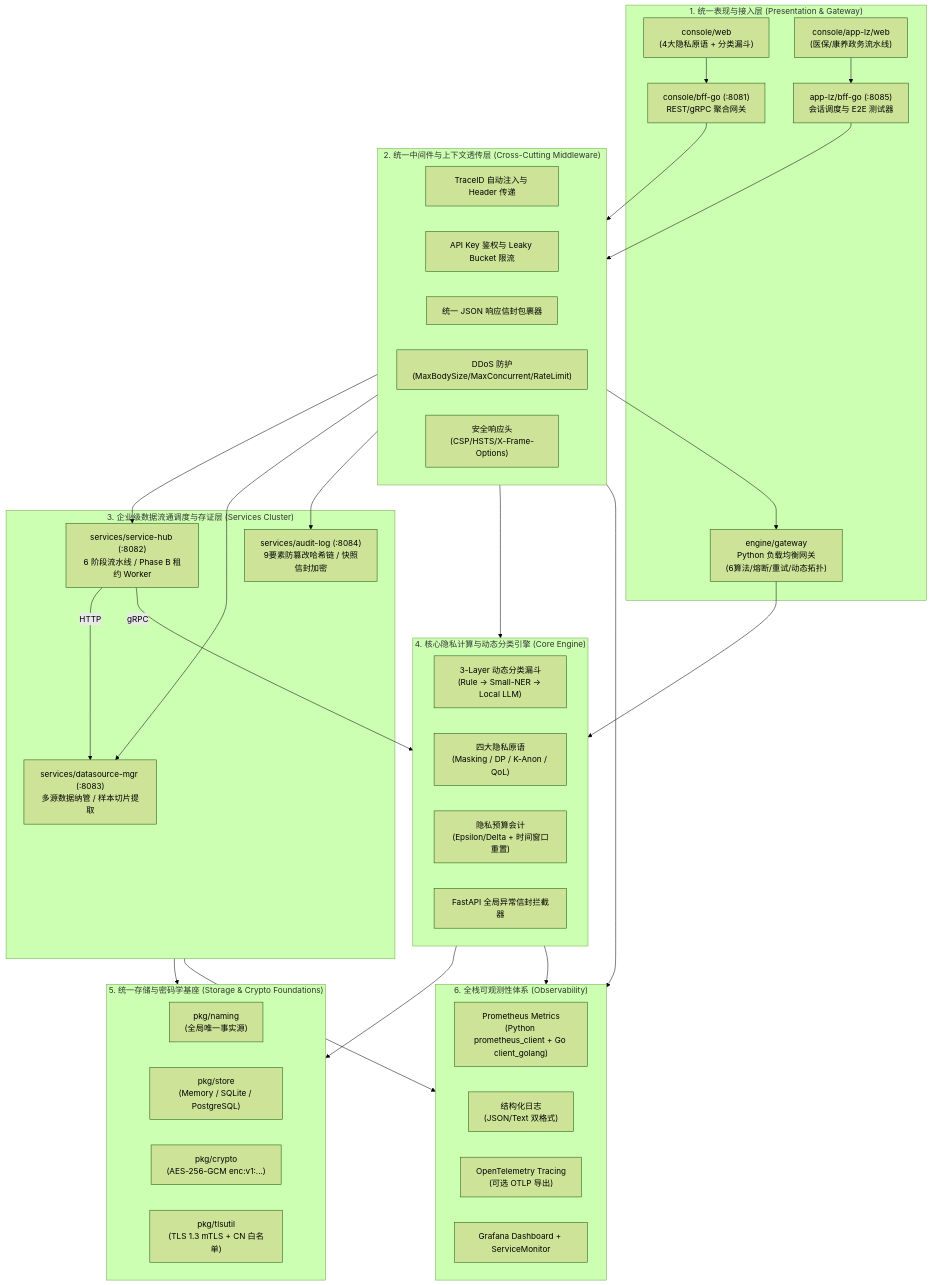
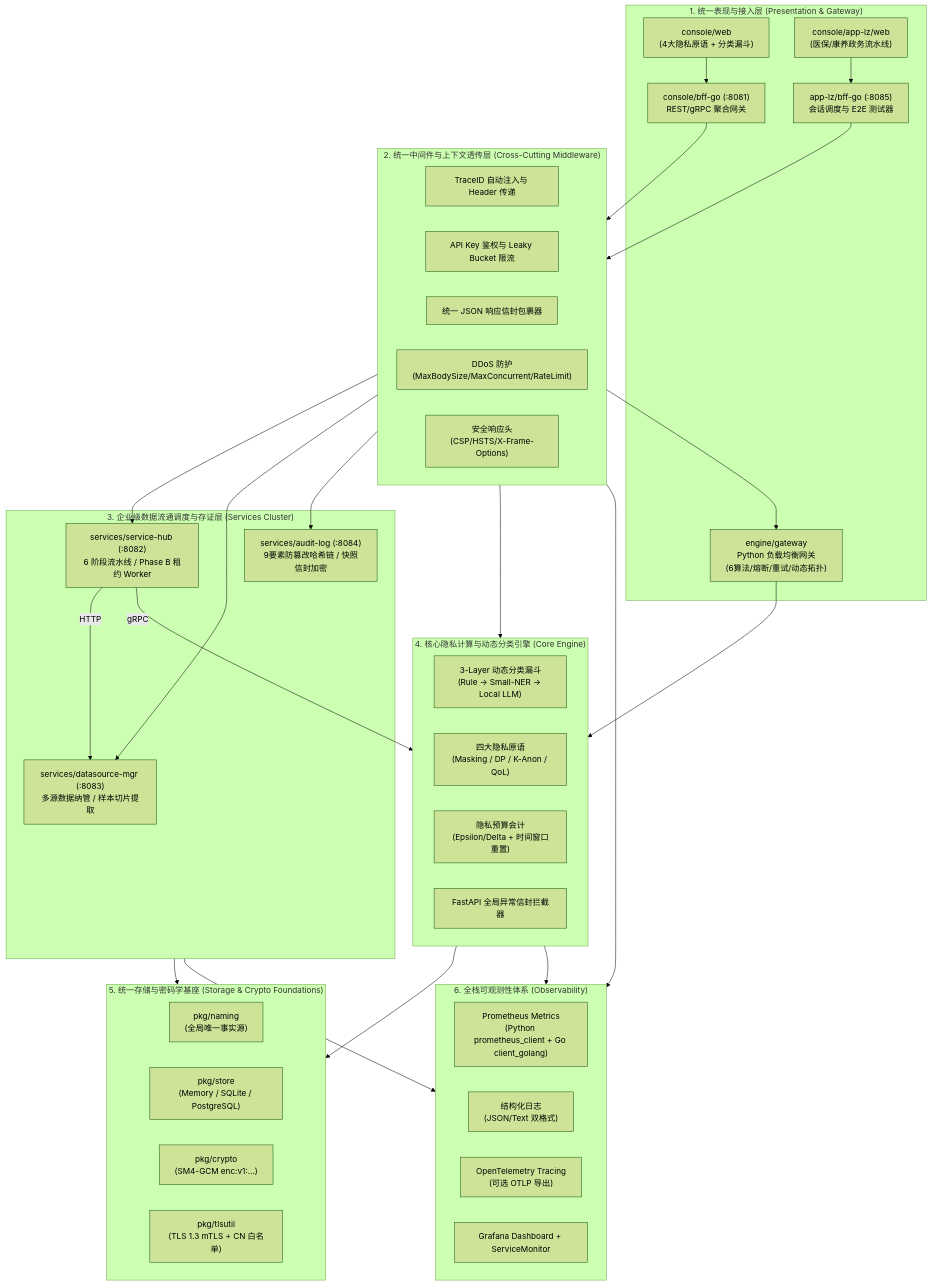
Before and after one commit to fengzhizi319/PrivShield: the diagram in docs/archive/unified_design.md, drawn with Mermaid (forest theme). The commit also changed other lines of this file and 11 other files, not shown here.

````diff
--- a/docs/archive/unified_design.md
+++ b/docs/archive/unified_design.md
@@ -61,59 +61,59 @@
 ```mermaid
 flowchart TD
     subgraph LayerPresentation ["1. 统一表现与接入层 (Presentation & Gateway)"]
         WebFull["console/web<br/>(4大隐私原语 + 分类漏斗)"]
         WebAppLZ["console/app-lz/web<br/>(医保/康养政务流水线)"]
         BFFGo["console/bff-go (:8081)<br/>REST/gRPC 聚合网关"]
         BFFLZ["app-lz/bff-go (:8085)<br/>会话调度与 E2E 测试器"]
         PyGW["engine/gateway<br/>Python 负载均衡网关<br/>(6算法/熔断/重试/动态拓扑)"]
     end
 
     subgraph LayerMiddleware ["2. 统一中间件与上下文透传层 (Cross-Cutting Middleware)"]
         TraceMW["TraceID 自动注入与 Header 传递"]
         AuthMW["API Key 鉴权与 Leaky Bucket 限流"]
         EnvelopeMW["统一 JSON 响应信封包裹器"]
         DDoSMW["DDoS 防护<br/>(MaxBodySize/MaxConcurrent/RateLimit)"]
         SecHeaders["安全响应头<br/>(CSP/HSTS/X-Frame-Options)"]
     end
 
     subgraph LayerGovernance ["3. 企业级数据流通调度与存证层 (Services Cluster)"]
         Hub["services/service-hub (:8082)<br/>6 阶段流水线 / Phase B 租约 Worker"]
         DSMgr["services/datasource-mgr (:8083)<br/>多源数据纳管 / 样本切片提取"]
         Audit["services/audit-log (:8084)<br/>9要素防篡改哈希链 / 快照信封加密"]
     end
 
     subgraph LayerCoreCompute ["4. 核心隐私计算与动态分类引擎 (Core Engine)"]
         Funnel["3-Layer 动态分类漏斗<br/>(Rule → Small-NER → Local LLM)"]
         Primitives["四大隐私原语<br/>(Masking / DP / K-Anon / QoL)"]
         Budget["隐私预算会计<br/>(Epsilon/Delta + 时间窗口重置)"]
         EngineMW["FastAPI 全局异常信封拦截器"]
     end
 
     subgraph LayerStorageSecurity ["5. 统一存储与密码学基座 (Storage & Crypto Foundations)"]
         SSOT["pkg/naming<br/>(全局唯一事实源)"]
         StoreFacade["pkg/store<br/>(Memory / SQLite / PostgreSQL)"]
-        EnvelopeCrypto["pkg/crypto<br/>(AES-256-GCM enc:v1:...)"]
+        EnvelopeCrypto["pkg/crypto<br/>(SM4-GCM enc:v1:...)"]
         mTLSAuth["pkg/tlsutil<br/>(TLS 1.3 mTLS + CN 白名单)"]
     end
 
     subgraph LayerObservability ["6. 全栈可观测性体系 (Observability)"]
         Metrics["Prometheus Metrics<br/>(Python prometheus_client + Go client_golang)"]
         StructLog["结构化日志<br/>(JSON/Text 双格式)"]
         Tracing["OpenTelemetry Tracing<br/>(可选 OTLP 导出)"]
         Grafana["Grafana Dashboard + ServiceMonitor"]
     end
 
     WebFull --> BFFGo
     WebAppLZ --> BFFLZ
     BFFGo & BFFLZ --> LayerMiddleware
     LayerMiddleware --> Hub & DSMgr & Audit & LayerCoreCompute
     LayerMiddleware --> PyGW
     PyGW --> LayerCoreCompute
     Hub -->|HTTP| DSMgr
     Hub -->|gRPC| LayerCoreCompute
     LayerGovernance --> LayerStorageSecurity
     LayerCoreCompute --> LayerStorageSecurity
     LayerCoreCompute --> LayerObservability
     LayerGovernance --> LayerObservability
     LayerMiddleware --> LayerObservability
 ```
````
